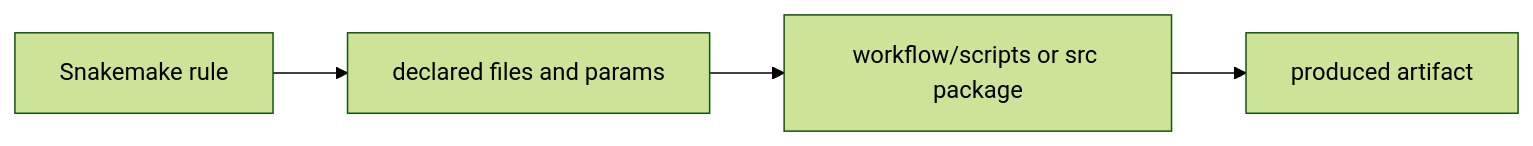
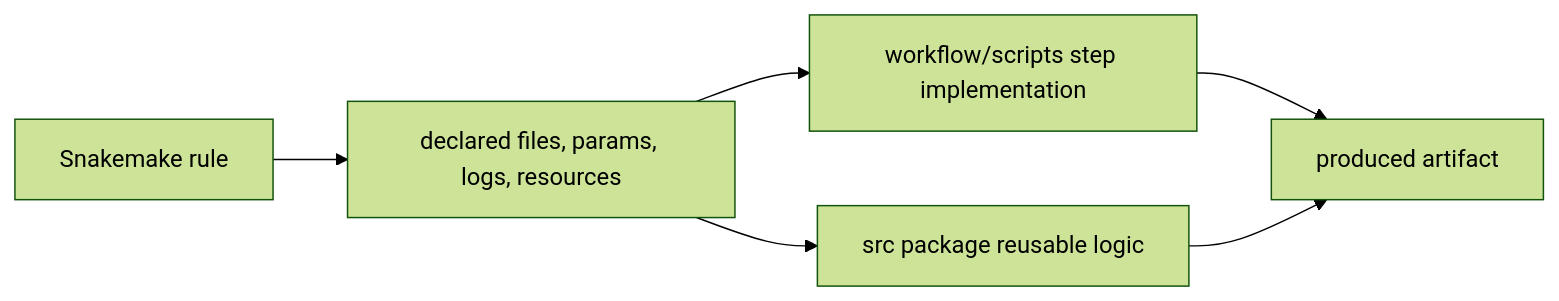
One commit to bijux/bijux-masterclass changed the diagram in programs/reproducible-research/deep-dive-snakemake/course-book/module-05-software-boundaries-reproducible-rules/rule-logic-scripts-and-software-ownership.md. Above: the diagram before and after it, drawn with Mermaid (forest theme). The commit also changed other lines of this file and 3 other files, not shown here.

````diff
--- a/programs/reproducible-research/deep-dive-snakemake/course-book/module-05-software-boundaries-reproducible-rules/rule-logic-scripts-and-software-ownership.md
+++ b/programs/reproducible-research/deep-dive-snakemake/course-book/module-05-software-boundaries-reproducible-rules/rule-logic-scripts-and-software-ownership.md
@@ -87,6 +91,8 @@
 ```mermaid
 flowchart LR
-  rule["Snakemake rule"] --> contract["declared files and params"]
-  contract --> script["workflow/scripts or src package"]
+  rule["Snakemake rule"] --> contract["declared files, params, logs, resources"]
+  contract --> script["workflow/scripts step implementation"]
+  contract --> package["src package reusable logic"]
   script --> output["produced artifact"]
+  package --> output
 ```
````
